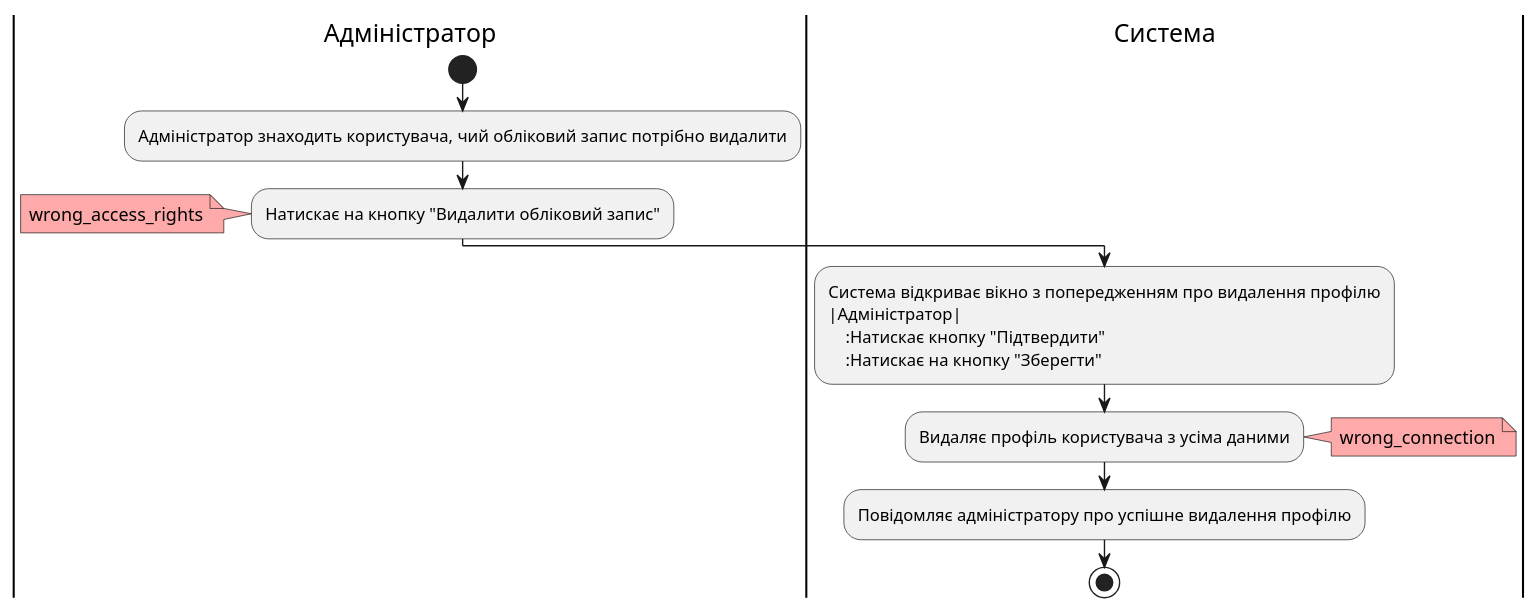
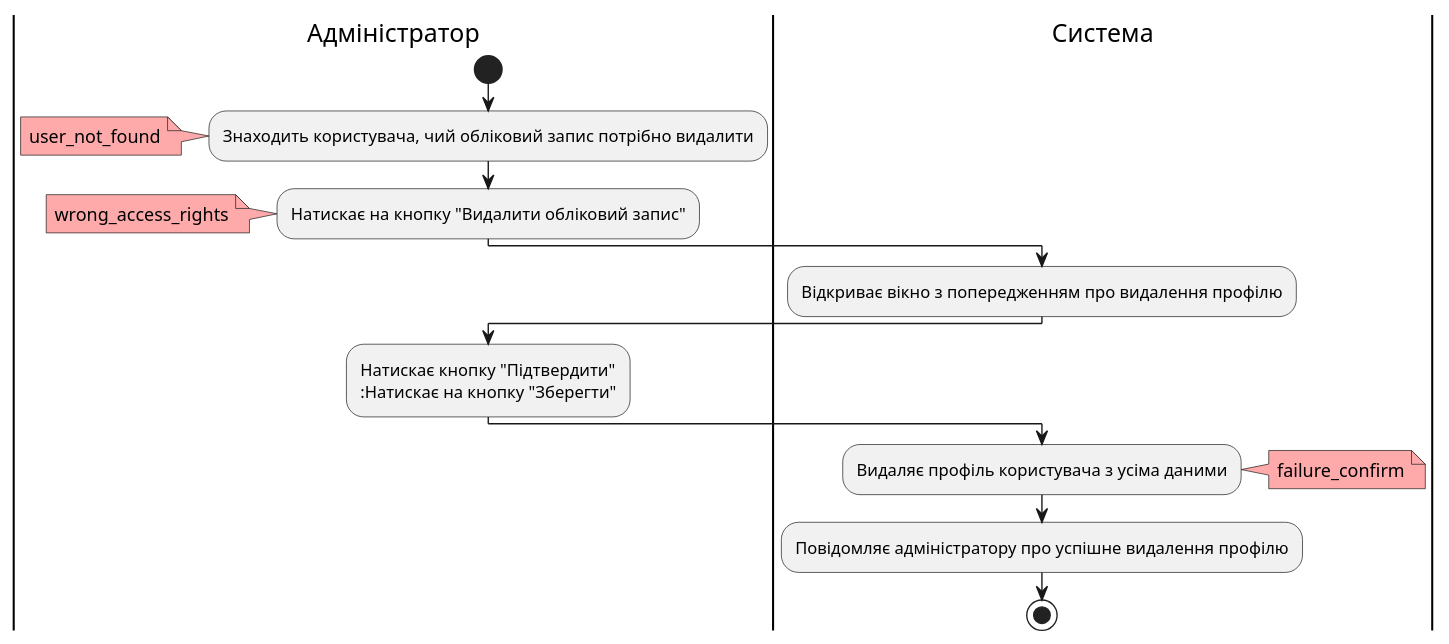
Diagram 13 of 13 in docs/use cases/README.md (nonGratis/retarder-io-23-3), drawn with PlantUML before and after one commit. The commit also changed other lines of this file, not shown here.

Commit message:
Update use case Admin.ProfileDelete to standard

````diff
--- a/docs/use cases/README.md
+++ b/docs/use cases/README.md
@@ -483,21 +482,26 @@
+```plantuml
 @startuml
 |Адміністратор| 
     start
-    :Адміністратор знаходить користувача, чий обліковий запис потрібно видалити;
+    :Знаходить користувача, чий обліковий запис потрібно видалити;
+        note left #ffaaaa
+            user_not_found
+        end note
     :Натискає на кнопку "Видалити обліковий запис";
-    note left #ffaaaa
-    wrong_access_rights
-end note
+        note left #ffaaaa
+            wrong_access_rights
+        end note
 |Система|
-    :Система відкриває вікно з попередженням про видалення профілю
+    :Відкриває вікно з попередженням про видалення профілю;
 |Адміністратор| 
     :Натискає кнопку "Підтвердити"
     :Натискає на кнопку "Зберегти";
 |Система| 
     :Видаляє профіль користувача з усіма даними;
-                note right #ffaaaa
-            wrong_connection
+        note right #ffaaaa
+            failure_confirm
         end note
     :Повідомляє адміністратору про успішне видалення профілю;
     stop
 @enduml
+```
````
